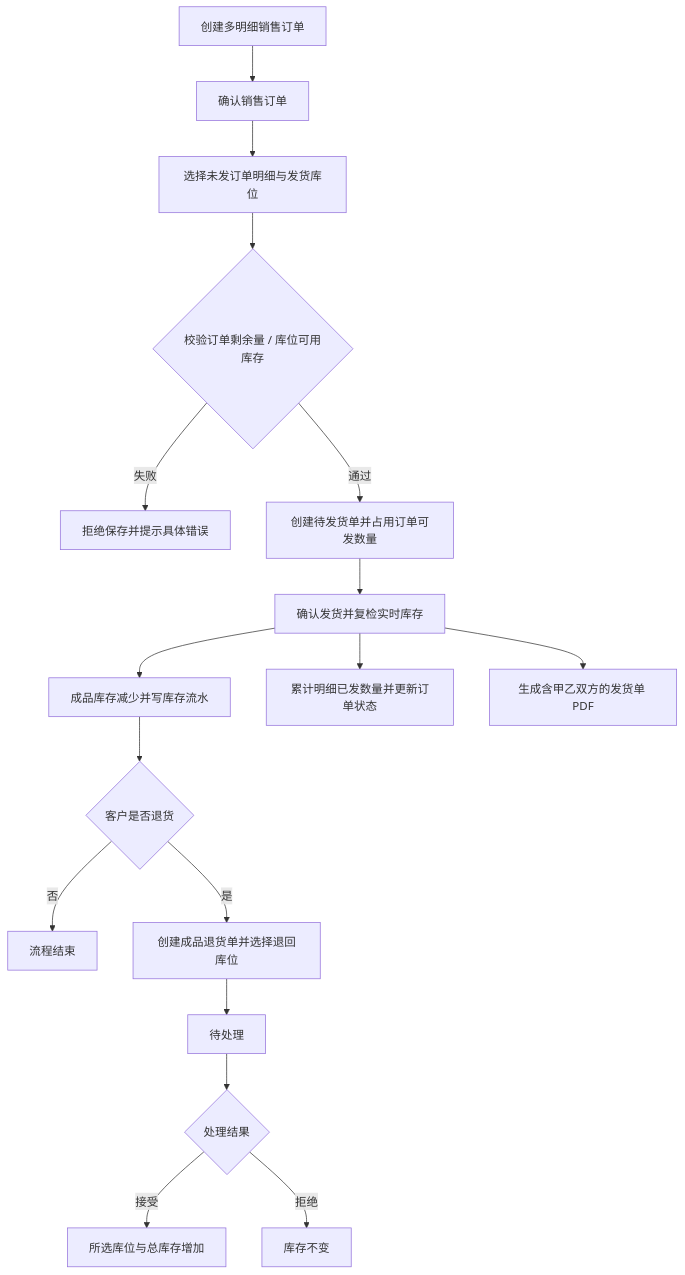
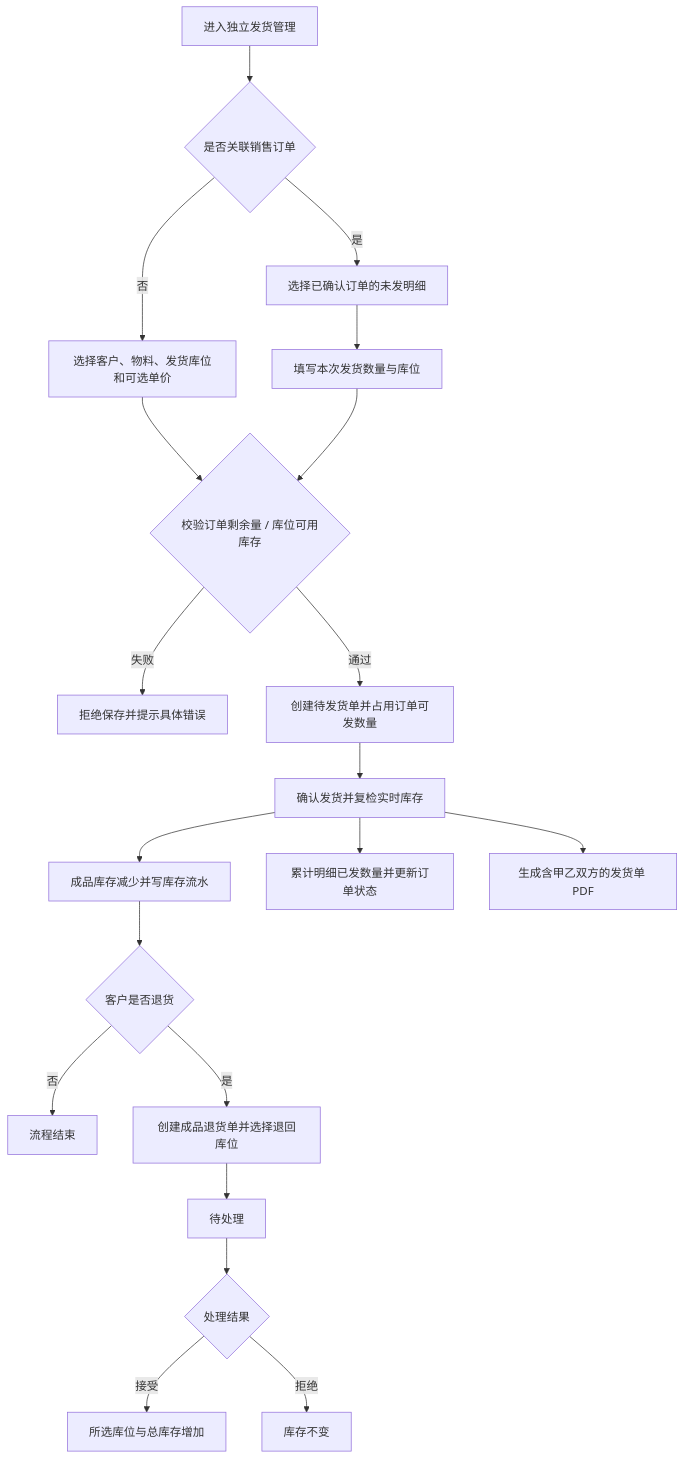
Before and after one commit to goldf2/mes-lite: diagram 16 of 18 in docs/minierp/system-function-flow.md, drawn with Mermaid. The commit also changed other lines of this file and 45 other files, not shown here.

````diff
--- a/docs/minierp/system-function-flow.md
+++ b/docs/minierp/system-function-flow.md
@@ -507,19 +507,22 @@
 ```mermaid
 flowchart TD
-  A["创建多明细销售订单"] --> B["确认销售订单"]
-  B --> C["选择未发订单明细与发货库位"]
+  A["进入独立发货管理"] --> Q{"是否关联销售订单"}
+  Q -->|是| B["选择已确认订单的未发明细"]
+  Q -->|否| R["选择客户、物料、发货库位和可选单价"]
+  B --> C["填写本次发货数量与库位"]
+  R --> V
   C --> V{"校验订单剩余量 / 库位可用库存"}
   V -->|失败| X["拒绝保存并提示具体错误"]
   V -->|通过| P["创建待发货单并占用订单可发数量"]
   P --> S["确认发货并复检实时库存"]
   S --> D["成品库存减少并写库存流水"]
   S --> O["累计明细已发数量并更新订单状态"]
   S --> E["生成含甲乙双方的发货单 PDF"]
   D --> F{"客户是否退货"}
   F -->|否| G["流程结束"]
   F -->|是| H["创建成品退货单并选择退回库位"]
   H --> I["待处理"]
   I --> J{"处理结果"}
   J -->|接受| K["所选库位与总库存增加"]
   J -->|拒绝| L["库存不变"]
 ```
````
